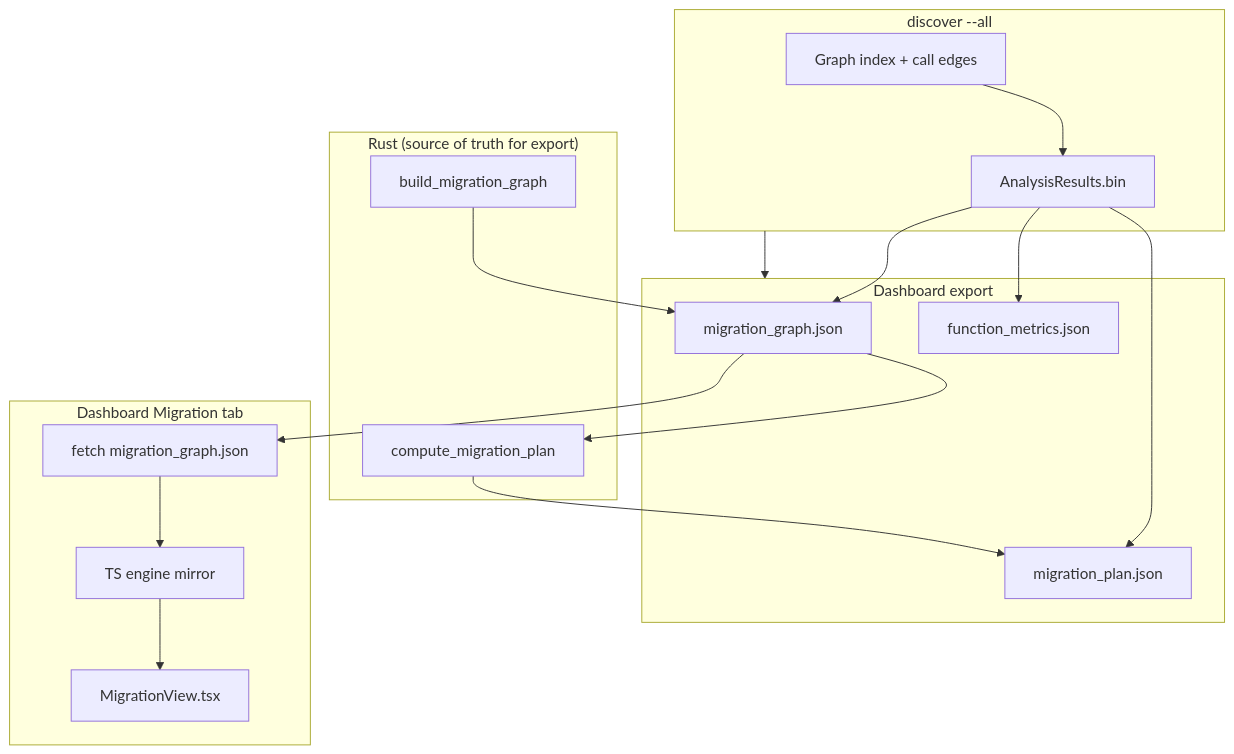
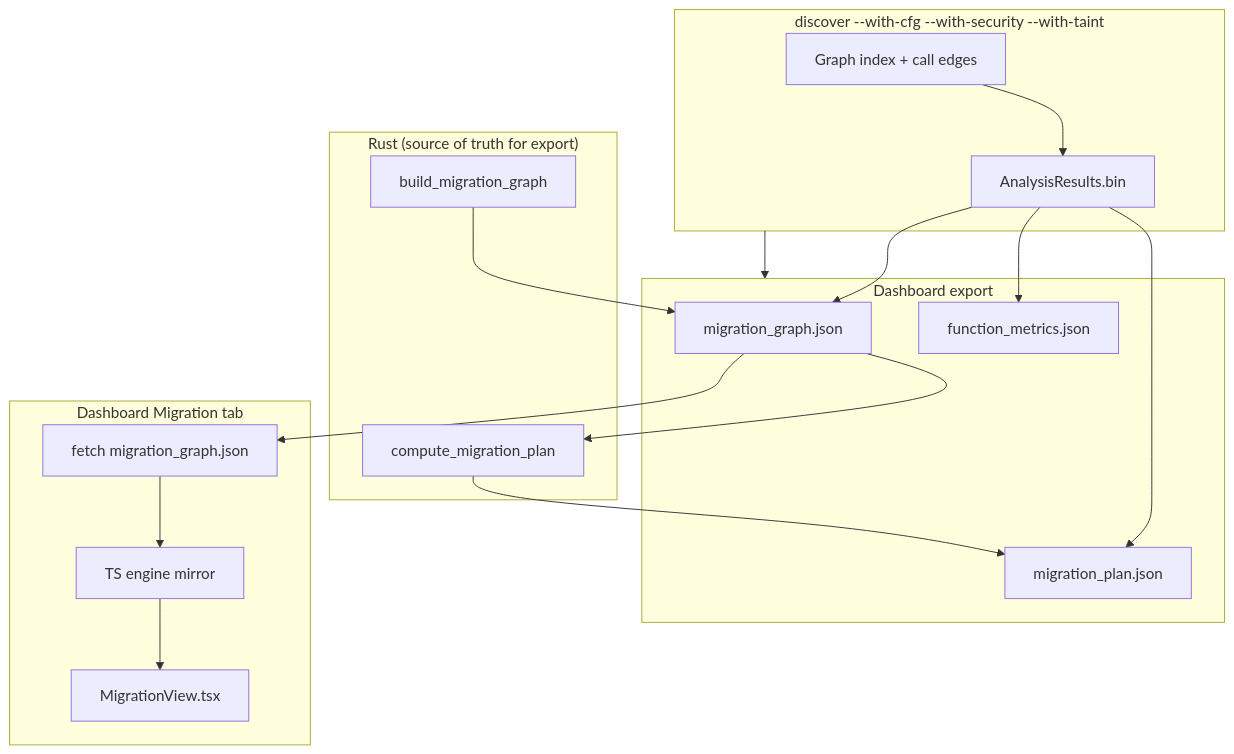
The diagram in docs/design/migration-planner-design.md (l3acon/rgctl), drawn with Mermaid before and after one commit. The commit also changed other lines of this file and 113 other files, not shown here.

````diff
--- a/docs/design/migration-planner-design.md
+++ b/docs/design/migration-planner-design.md
@@ -28,35 +28,35 @@
 ```mermaid
 flowchart TB
-  subgraph discover["discover --all"]
+  subgraph discover["discover --with-cfg --with-security --with-taint"]
     IDX[Graph index + call edges]
     ANA[AnalysisResults.bin]
     IDX --> ANA
   end
 
   subgraph export["Dashboard export"]
     MG[migration_graph.json]
     MP[migration_plan.json]
     FM[function_metrics.json]
     ANA --> MG
     ANA --> MP
     ANA --> FM
   end
 
   subgraph rust["Rust (source of truth for export)"]
     BMG[build_migration_graph]
     CMP[compute_migration_plan]
     BMG --> MG
     MG --> CMP
     CMP --> MP
   end
 
   subgraph dashboard["Dashboard Migration tab"]
     FETCH[fetch migration_graph.json]
     TS[TS engine mirror]
     UI[MigrationView.tsx]
     FETCH --> TS --> UI
   end
 
   discover --> export
   MG --> FETCH
 ```
````
